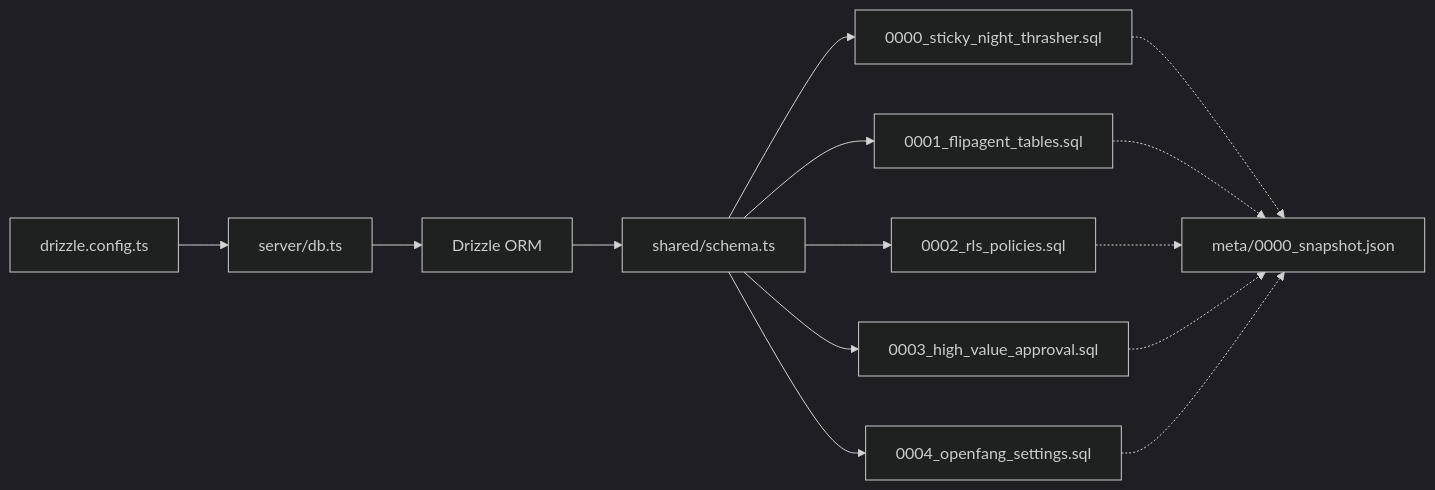
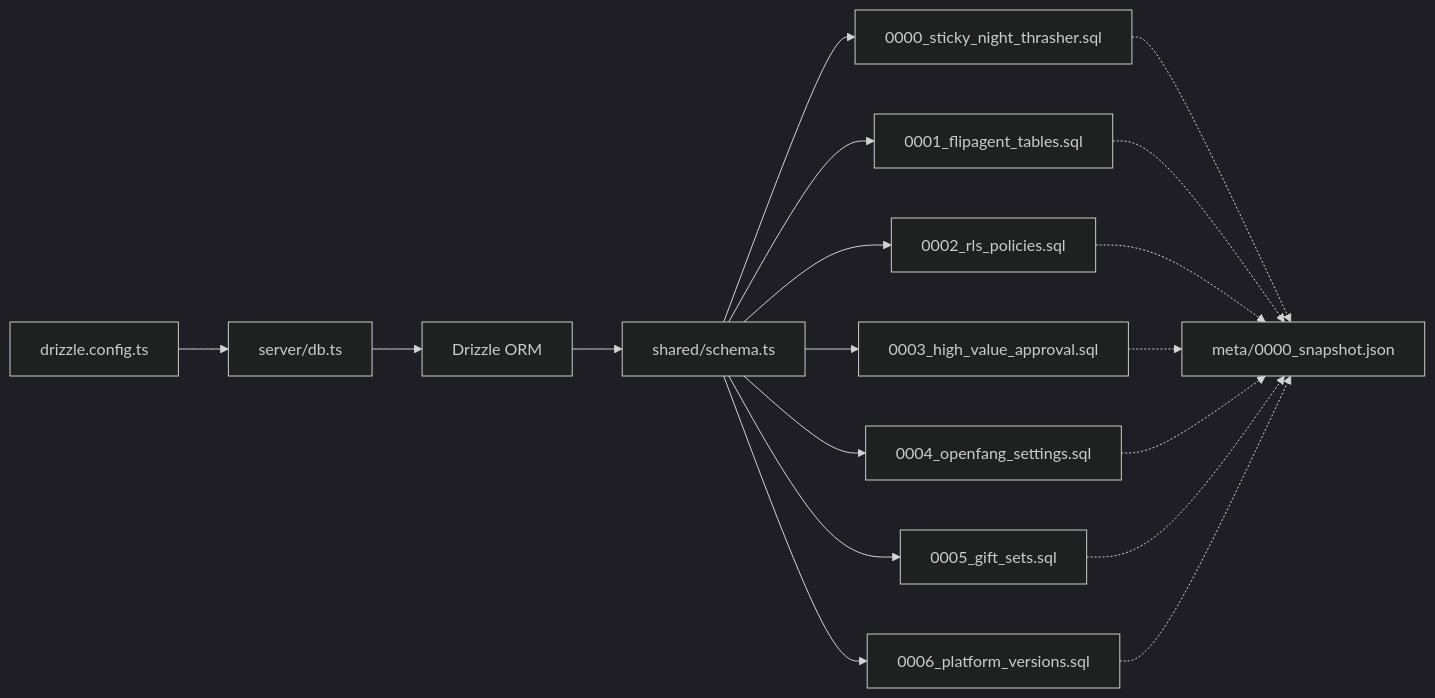
One commit to hunglevi87/Hidden-Gem changed the third of 3 diagrams in .qoder/repowiki/en/content/Data Management/Database Schema.md. Above: the diagram before and after it, drawn with Mermaid (dark theme). The commit also changed other lines of this file and 14 other files, not shown here.

````diff
--- a/.qoder/repowiki/en/content/Data Management/Database Schema.md
+++ b/.qoder/repowiki/en/content/Data Management/Database Schema.md
@@ -658,16 +719,20 @@
 ```mermaid
 graph LR
 CFG["drizzle.config.ts"] --> DB["server/db.ts"]
 DB --> ORM["Drizzle ORM"]
 ORM --> SCHEMA["shared/schema.ts"]
 SCHEMA --> MIG0["0000_sticky_night_thrasher.sql"]
 SCHEMA --> MIG1["0001_flipagent_tables.sql"]
 SCHEMA --> MIG2["0002_rls_policies.sql"]
 SCHEMA --> MIG3["0003_high_value_approval.sql"]
 SCHEMA --> MIG4["0004_openfang_settings.sql"]
+SCHEMA --> MIG5["0005_gift_sets.sql"]
+SCHEMA --> MIG6["0006_platform_versions.sql"]
 MIG0 -.-> SNAP["meta/0000_snapshot.json"]
 MIG1 -.-> SNAP
 MIG2 -.-> SNAP
 MIG3 -.-> SNAP
 MIG4 -.-> SNAP
+MIG5 -.-> SNAP
+MIG6 -.-> SNAP
 ```
````
